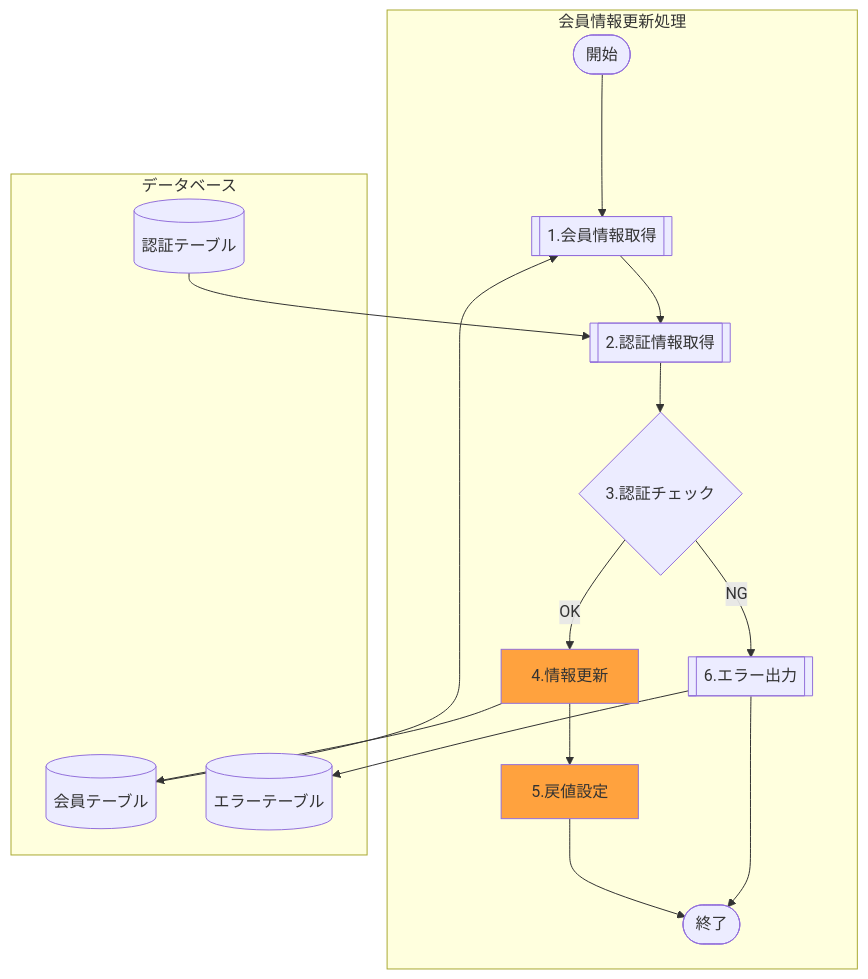
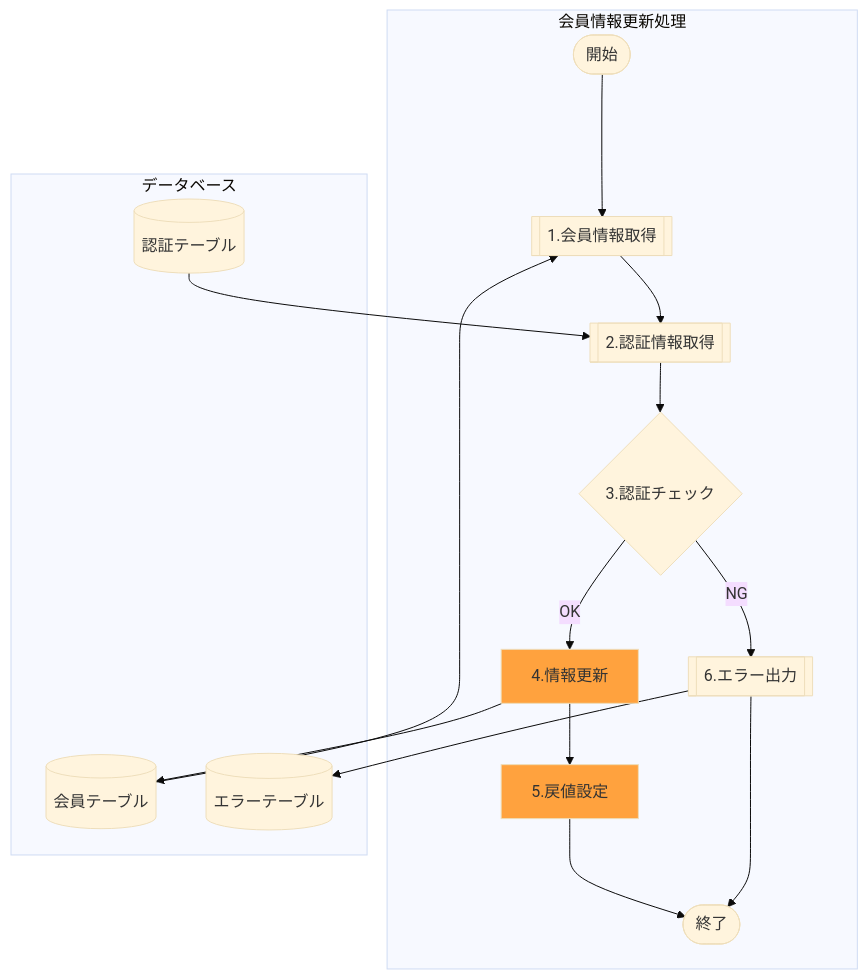
The second of 2 diagrams in API001.md (ChaosReadman/MDFILETEST), drawn with Mermaid before and after one commit. The commit also changed other lines of this file, not shown here.

````diff
--- a/API001.md
+++ b/API001.md
@@ -44,37 +40,33 @@
 ```mermaid
-%%{init: 
-    {
-        "theme": "base",
-    }
-}%%
+%%{init:{'theme':'base'}}%%
 flowchart TD
     %% 新規実装機能の色設定
     classDef newProc fill:#ffa23e
 
     subgraph 会員情報更新処理
         %% 全体処理をつないでいく
         StartProc([開始]) --->
         GetKaiin[[1.会員情報取得]] --> 
         GetAuth[[2.認証情報取得]] --> AuthCheck
         %% OKパターン
         AuthCheck{3.認証チェック} --> |OK| UpdateInfo
         UpdateInfo[4.情報更新]:::newProc -->
         SetReturnValue[5.戻値設定]:::newProc-->
         EndProc([終了])
         %% NGパターン
         AuthCheck --> |NG| ErrOut
         ErrOut[[6.エラー出力]]
         ErrOut-->EndProc
     end
     
     style UpdateInfo fill:#ffa23e
     style SetReturnValue fill:#ffa23e
     
     subgraph データベース
         %% テーブル関連の記述
         KaiinTbl[(会員テーブル)] --> GetKaiin
         AuthTbl[(認証テーブル)] --> GetAuth
         UpdateInfo --> KaiinTbl
         ErrOut --> ErrTbl[(エラーテーブル)]
     end
 ```
````
